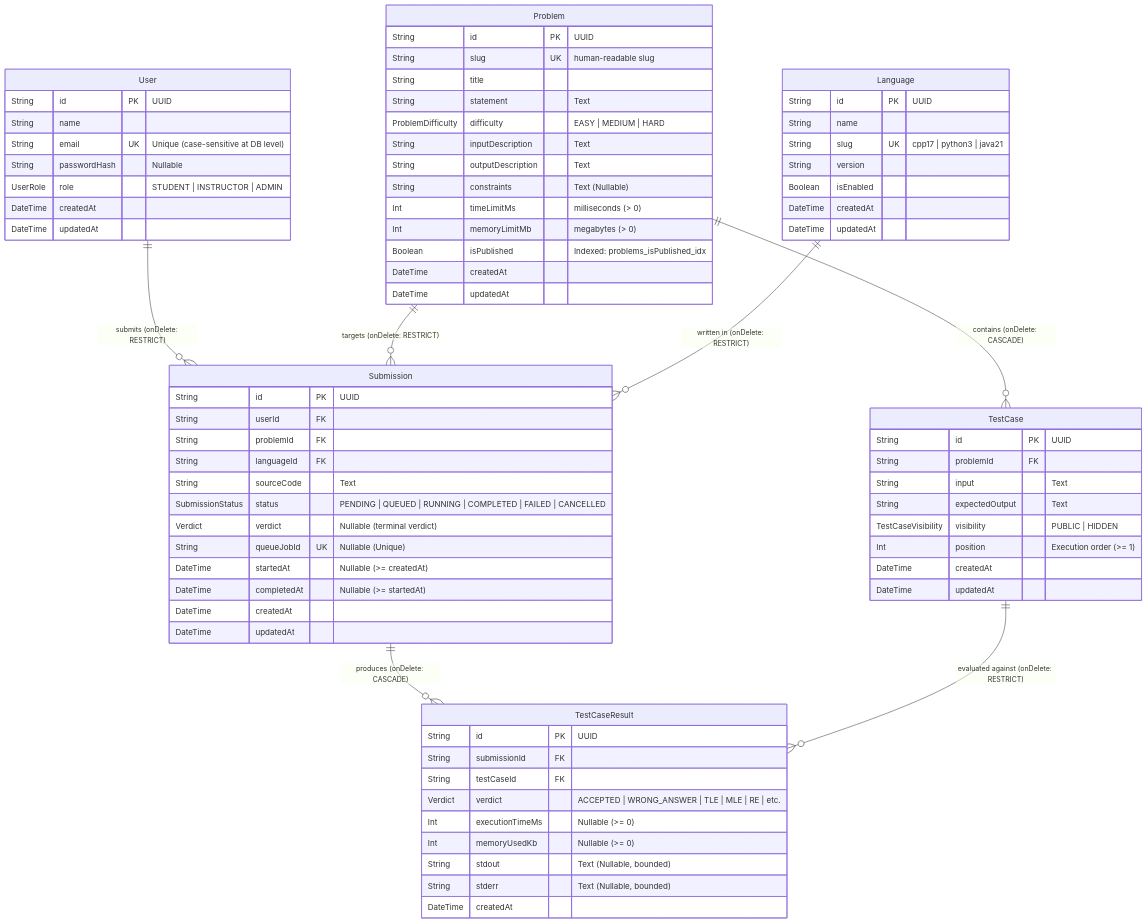
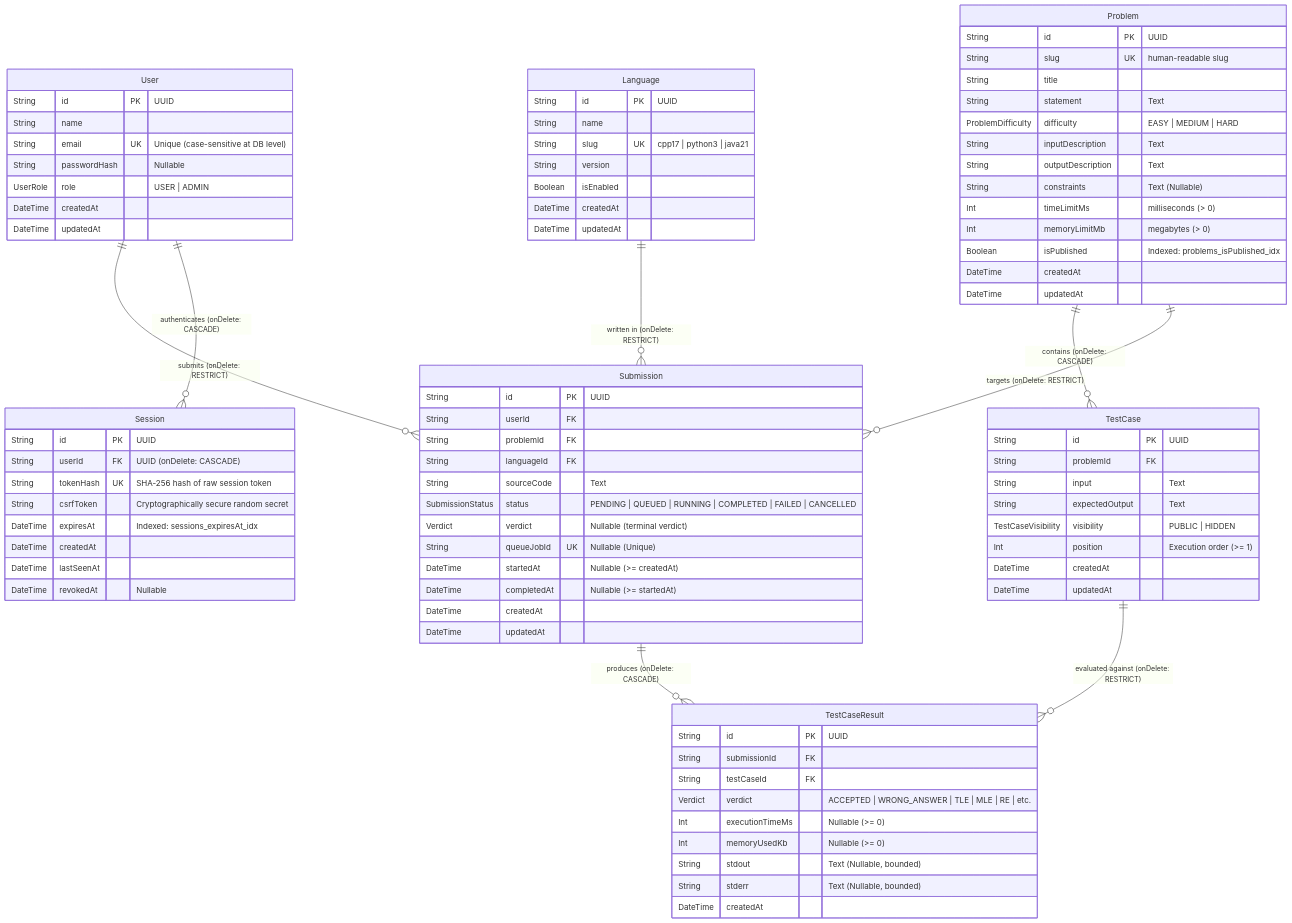
The diagram in docs/architecture/database-schema.md (Anonav0/GradeSTAR), drawn with Mermaid before and after one commit. The commit also changed 24 other files, not shown here.

````diff
--- a/docs/architecture/database-schema.md
+++ b/docs/architecture/database-schema.md
@@ -17,6 +17,7 @@
 ```mermaid
 erDiagram
     User ||--o{ Submission : "submits (onDelete: RESTRICT)"
+    User ||--o{ Session : "authenticates (onDelete: CASCADE)"
     Problem ||--o{ TestCase : "contains (onDelete: CASCADE)"
     Problem ||--o{ Submission : "targets (onDelete: RESTRICT)"
     Language ||--o{ Submission : "written in (onDelete: RESTRICT)"
@@ -28,9 +29,20 @@
         String name
         String email UK "Unique (case-sensitive at DB level)"
         String passwordHash "Nullable"
-        UserRole role "STUDENT | INSTRUCTOR | ADMIN"
+        UserRole role "USER | ADMIN"
         DateTime createdAt
         DateTime updatedAt
+    }
+
+    Session {
+        String id PK "UUID"
+        String userId FK "UUID (onDelete: CASCADE)"
+        String tokenHash UK "SHA-256 hash of raw session token"
+        String csrfToken "Cryptographically secure random secret"
+        DateTime expiresAt "Indexed: sessions_expiresAt_idx"
+        DateTime createdAt
+        DateTime lastSeenAt
+        DateTime revokedAt "Nullable"
     }
 
     Problem {
````
